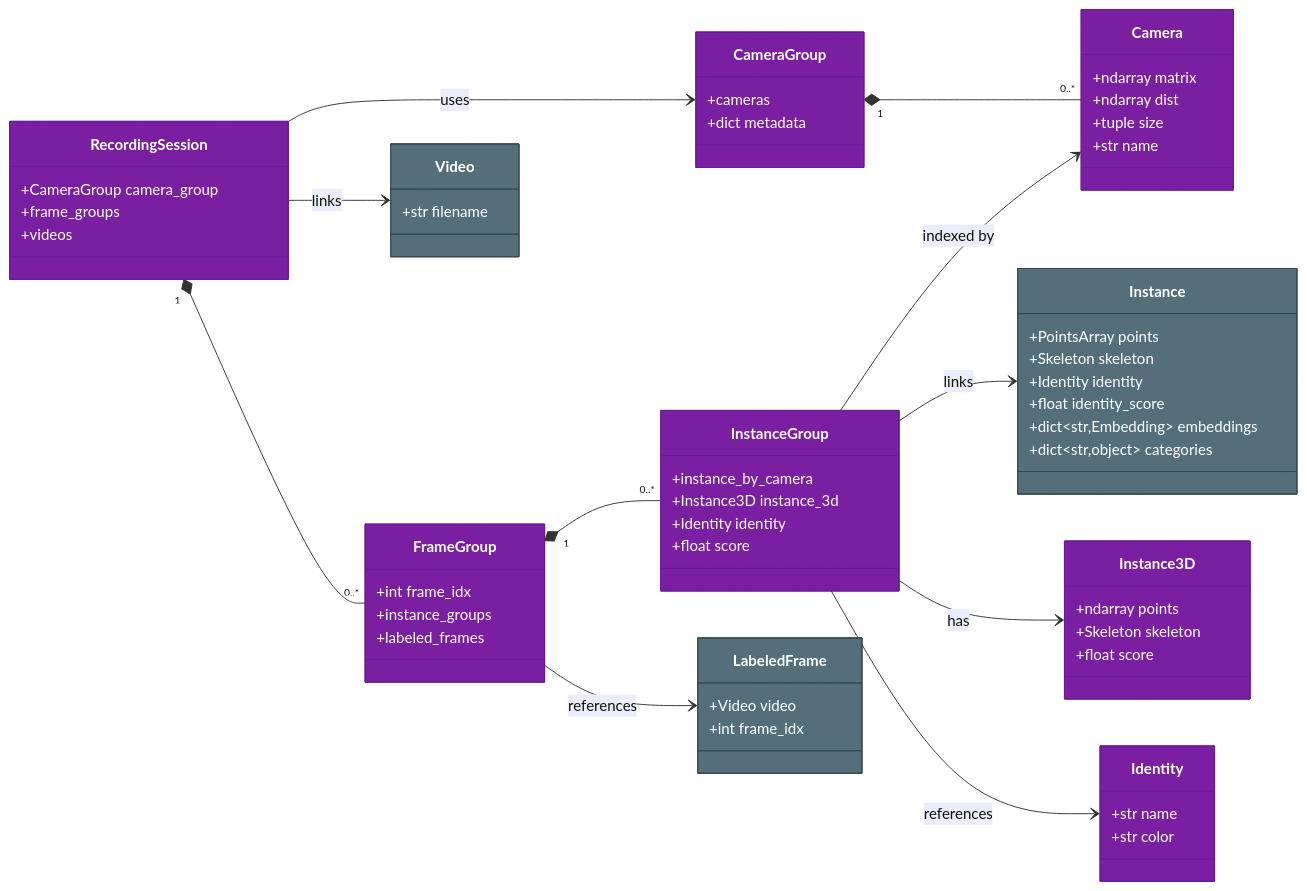
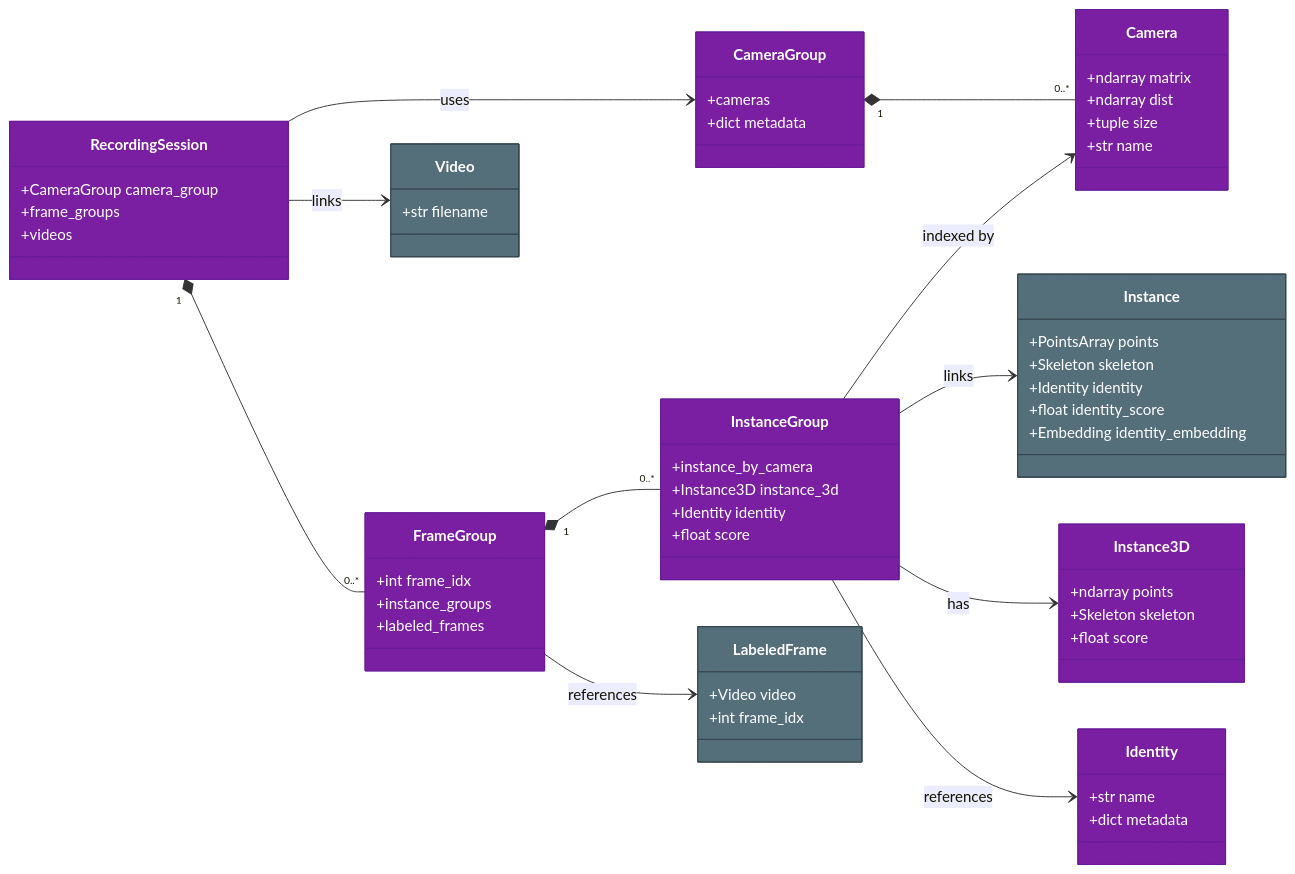
Before and after one commit to talmolab/sleap-io: the diagram in docs/model/3d.md, drawn with Mermaid. The commit also changed other lines of this file and 35 other files, not shown here.

First line of the commit message:
refactor(model,io): simplify re-ID identity/embedding data model (#535)

````diff
--- a/docs/model/3d.md
+++ b/docs/model/3d.md
@@ -260,71 +257,70 @@
 ``` mermaid
 classDiagram
     direction LR
 
     class CameraGroup:::threed {
         +cameras
         +dict metadata
     }
     class Camera:::threed {
         +ndarray matrix
         +ndarray dist
         +tuple size
         +str name
     }
     class RecordingSession:::threed {
         +CameraGroup camera_group
         +frame_groups
         +videos
     }
     class FrameGroup:::threed {
         +int frame_idx
         +instance_groups
         +labeled_frames
     }
     class InstanceGroup:::threed {
         +instance_by_camera
         +Instance3D instance_3d
         +Identity identity
         +float score
     }
     class Video:::core {
         +str filename
     }
     class LabeledFrame:::core {
         +Video video
         +int frame_idx
     }
     class Instance:::core {
         +PointsArray points
         +Skeleton skeleton
         +Identity identity
         +float identity_score
-        +dict~str,Embedding~ embeddings
-        +dict~str,object~ categories
+        +Embedding identity_embedding
     }
     class Identity:::threed {
         +str name
-        +str color
+        +dict metadata
     }
     class Instance3D:::threed {
         +ndarray points
         +Skeleton skeleton
         +float score
     }
 
     CameraGroup "1" *-- "0..*" Camera
     RecordingSession --> CameraGroup : uses
     RecordingSession "1" *-- "0..*" FrameGroup
     RecordingSession --> Video : links
 
     FrameGroup "1" *-- "0..*" InstanceGroup
     FrameGroup --> LabeledFrame : references
 
     InstanceGroup --> Instance : links
     InstanceGroup --> Camera : indexed by
     InstanceGroup --> Instance3D : has
     InstanceGroup --> Identity : references
 
     classDef threed fill:#7b1fa2,stroke:#6a1b9a,color:#fff
     classDef core fill:#546e7a,stroke:#37474f,color:#fff
 ```
````
